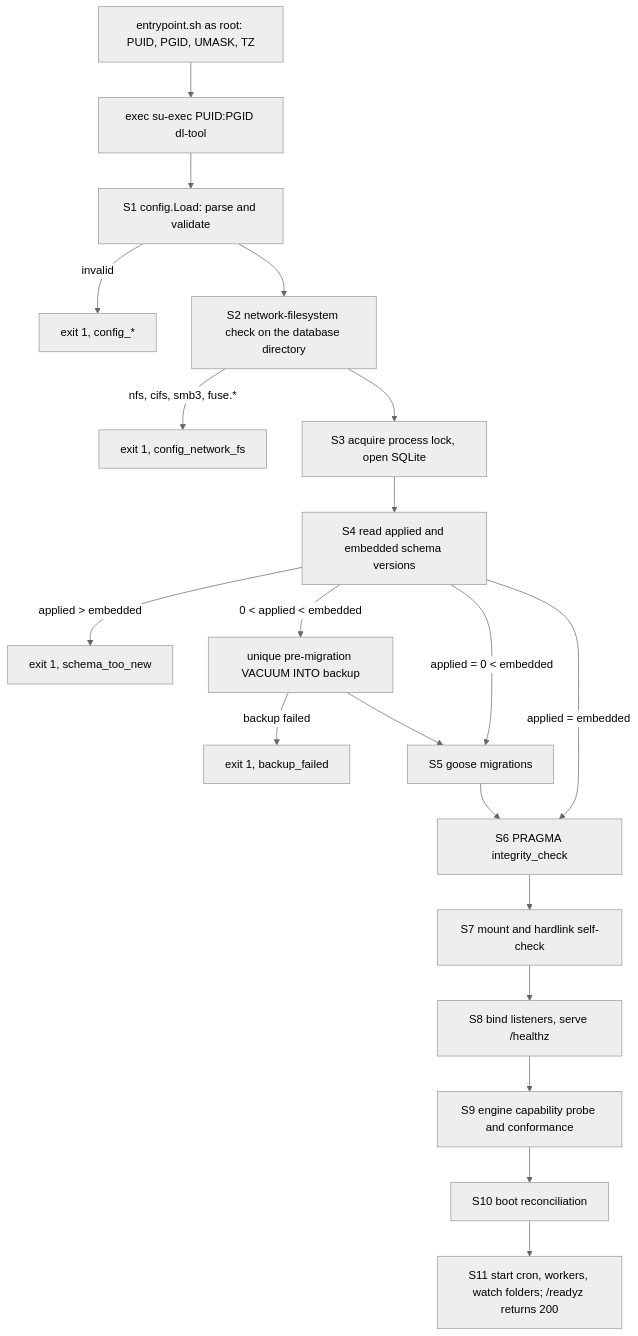
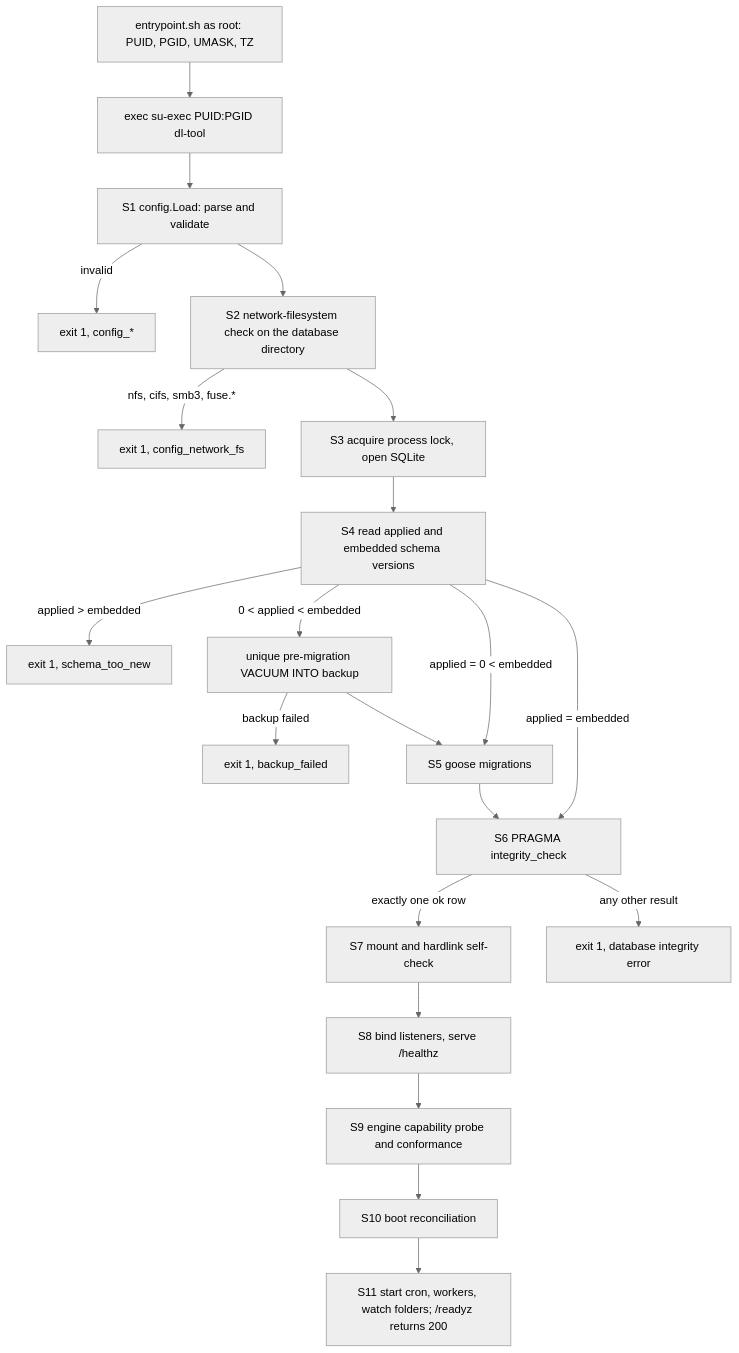
One commit to L-K-M/dl-tool changed the diagram in docs/17-operations-and-runbook.md. Above: the diagram before and after it, drawn with Mermaid (neutral theme). The commit also changed other lines of this file and 6 other files, not shown here.

````diff
--- a/docs/17-operations-and-runbook.md
+++ b/docs/17-operations-and-runbook.md
@@ -37,22 +37,23 @@
 ```mermaid
 flowchart TD
   A["entrypoint.sh as root: PUID, PGID, UMASK, TZ"] --> B["exec su-exec PUID:PGID dl-tool"]
   B --> C["S1 config.Load: parse and validate"]
   C -->|invalid| X1["exit 1, config_*"]
   C --> D["S2 network-filesystem check on the database directory"]
   D -->|"nfs, cifs, smb3, fuse.*"| X2["exit 1, config_network_fs"]
   D --> E["S3 acquire process lock, open SQLite"]
   E --> F["S4 read applied and embedded schema versions"]
   F -->|"applied > embedded"| X4["exit 1, schema_too_new"]
   F -->|"0 < applied < embedded"| P["unique pre-migration VACUUM INTO backup"]
   P -->|backup failed| X3["exit 1, backup_failed"]
   P --> G["S5 goose migrations"]
   F -->|"applied = 0 < embedded"| G
   F -->|"applied = embedded"| H["S6 PRAGMA integrity_check"]
   G --> H["S6 PRAGMA integrity_check"]
-  H --> I["S7 mount and hardlink self-check"]
+  H -->|"exactly one ok row"| I["S7 mount and hardlink self-check"]
+  H -->|"any other result"| X5["exit 1, database integrity error"]
   I --> J["S8 bind listeners, serve /healthz"]
   J --> K["S9 engine capability probe and conformance"]
   K --> L["S10 boot reconciliation"]
   L --> M["S11 start cron, workers, watch folders; /readyz returns 200"]
 ```
````
